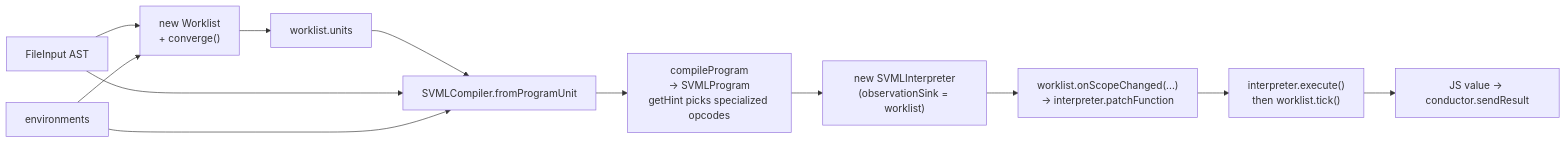
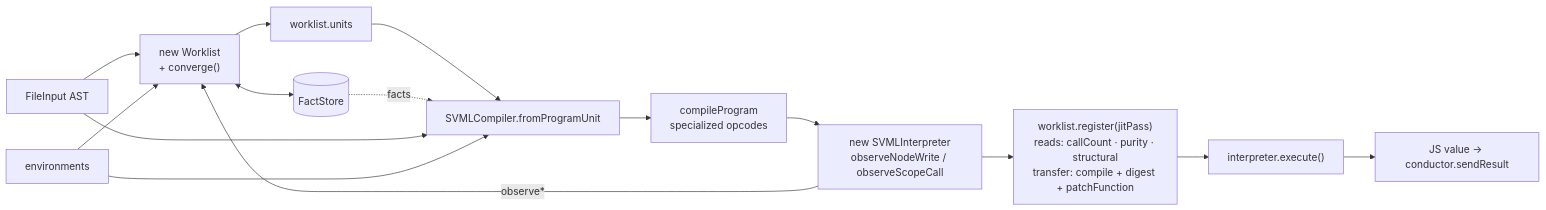
Before and after one commit to loyaltypollution/py-slang: the fourth of 6 diagrams in docs/compilation-flow.md, drawn with Mermaid. The commit also changed other lines of this file and 48 other files, not shown here.

````diff
--- a/docs/compilation-flow.md
+++ b/docs/compilation-flow.md
@@ -280,19 +254,23 @@
 ```mermaid
 flowchart LR
     AST["FileInput AST"]
     ENV["environments"]
     WL["new Worklist<br/>+ converge()"]
     UNITS["worklist.units"]
+    FS[("FactStore")]
     COMP["SVMLCompiler.fromProgramUnit"]
-    EMIT["compileProgram<br/>→ SVMLProgram<br/>getHint picks specialized opcodes"]
-    INT["new SVMLInterpreter<br/>(observationSink = worklist)"]
-    LISTEN["worklist.onScopeChanged(...)<br/>→ interpreter.patchFunction"]
-    RUN["interpreter.execute()<br/>then worklist.tick()"]
+    EMIT["compileProgram<br/>specialized opcodes"]
+    INT["new SVMLInterpreter<br/>observeNodeWrite / observeScopeCall"]
+    JITP["worklist.register(jitPass)<br/>reads: callCount · purity · structural<br/>transfer: compile + digest + patchFunction"]
+    RUN["interpreter.execute()"]
     OUT["JS value → conductor.sendResult"]
 
     AST --> WL
     ENV --> WL
-    WL --> UNITS --> COMP --> EMIT --> INT --> LISTEN --> RUN --> OUT
+    WL --> UNITS --> COMP --> EMIT --> INT --> JITP --> RUN --> OUT
+    WL <--> FS
+    FS -. "facts" .-> COMP
     AST --> COMP
     ENV --> COMP
+    INT -- "observe*" --> WL
 ```
````
